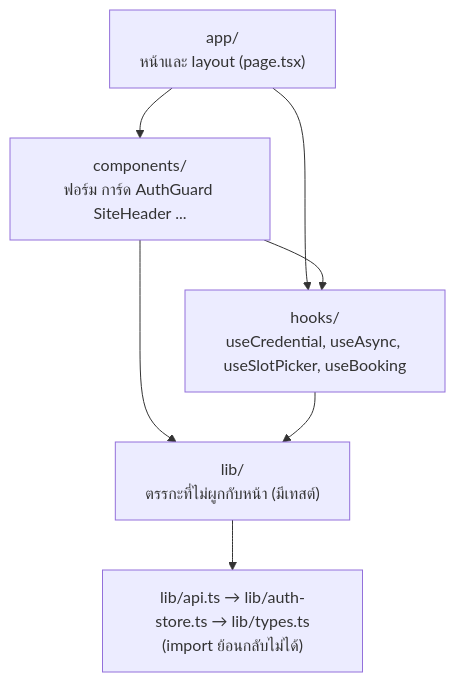
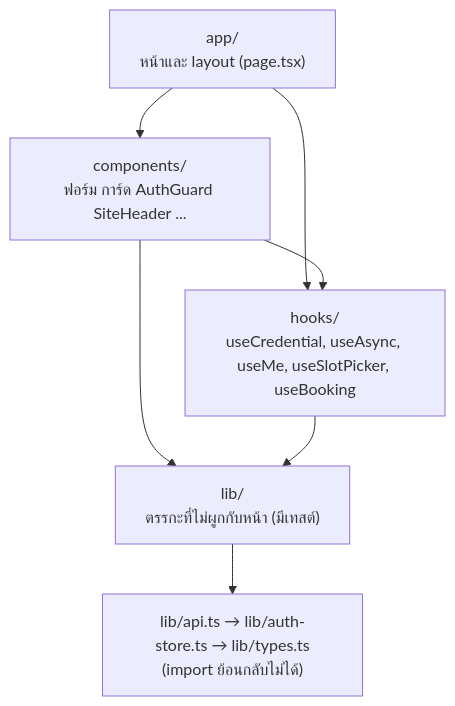
Before and after one commit to zeagame-kk/devpool-nuttun-final-booking-table: the seventh of 7 diagrams in ARCHITECTURE.md, drawn with Mermaid. The commit also changed other lines of this file and 12 other files, not shown here.

````diff
--- a/ARCHITECTURE.md
+++ b/ARCHITECTURE.md
@@ -415,9 +415,9 @@
 ```mermaid
 flowchart TB
     app["app/<br/>หน้าและ layout (page.tsx)"] --> comp["components/<br/>ฟอร์ม การ์ด AuthGuard SiteHeader ..."]
-    app --> hooks["hooks/<br/>useCredential, useAsync, useSlotPicker, useBooking"]
+    app --> hooks["hooks/<br/>useCredential, useAsync, useMe, useSlotPicker, useBooking"]
     comp --> hooks
     comp --> lib["lib/<br/>ตรรกะที่ไม่ผูกกับหน้า (มีเทสต์)"]
     hooks --> lib
     lib --> api["lib/api.ts → lib/auth-store.ts → lib/types.ts<br/>(import ย้อนกลับไม่ได้)"]
 ```
````
